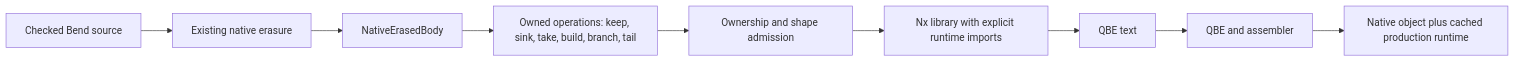
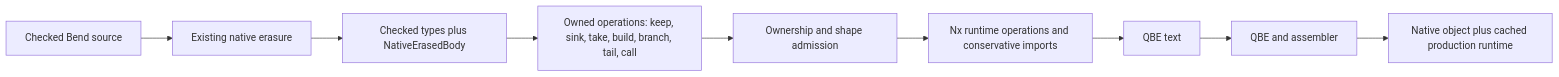
Before and after one commit to rom1504/bend: the diagram in docs/self_hosted/OWNED_NATIVE_IR.md, drawn with Mermaid. The commit also changed other lines of this file and 50 other files, not shown here.

````diff
--- a/docs/self_hosted/OWNED_NATIVE_IR.md
+++ b/docs/self_hosted/OWNED_NATIVE_IR.md
@@ -11,11 +11,11 @@
 ```mermaid
 flowchart LR
   A[Checked Bend source] --> B[Existing native erasure]
-  B --> C[NativeErasedBody]
-  C --> D[Owned operations: keep, sink, take, build, branch, tail]
+  B --> C[Checked types plus NativeErasedBody]
+  C --> D[Owned operations: keep, sink, take, build, branch, tail, call]
   D --> E[Ownership and shape admission]
-  E --> F[Nx library with explicit runtime imports]
+  E --> F[Nx runtime operations and conservative imports]
   F --> G[QBE text]
   G --> H[QBE and assembler]
   H --> I[Native object plus cached production runtime]
 ```
````
